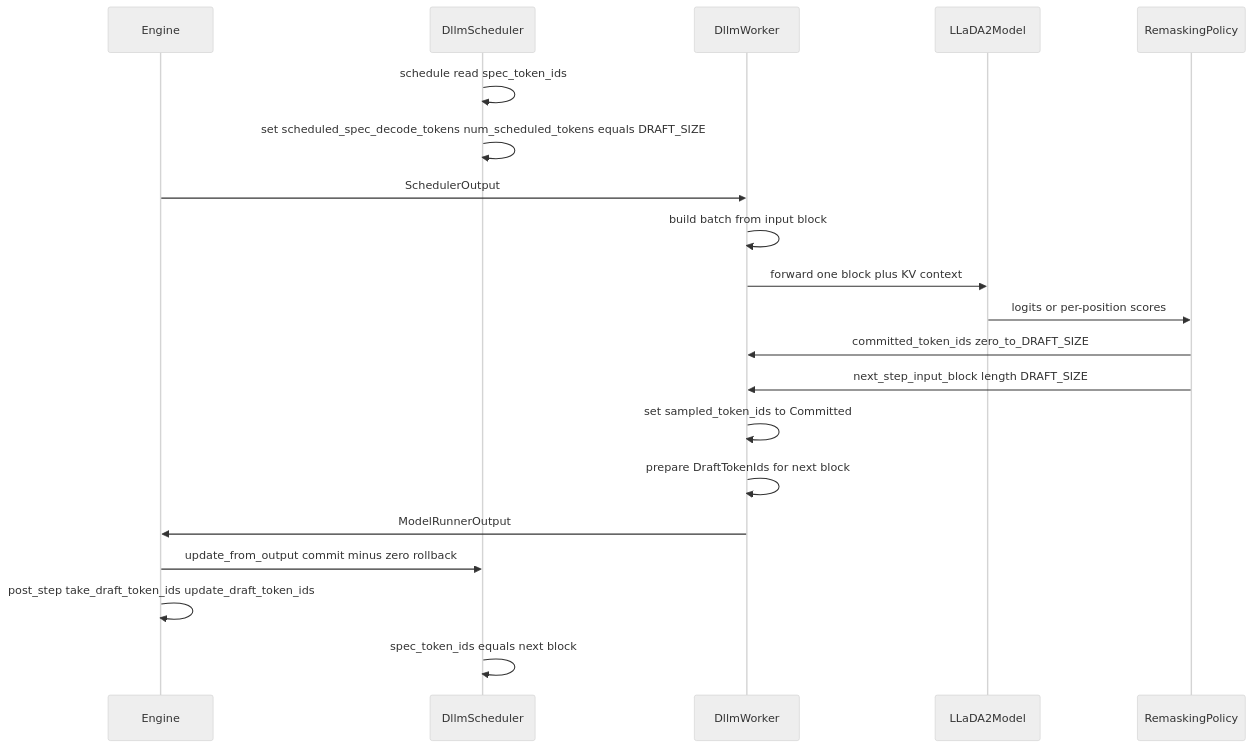
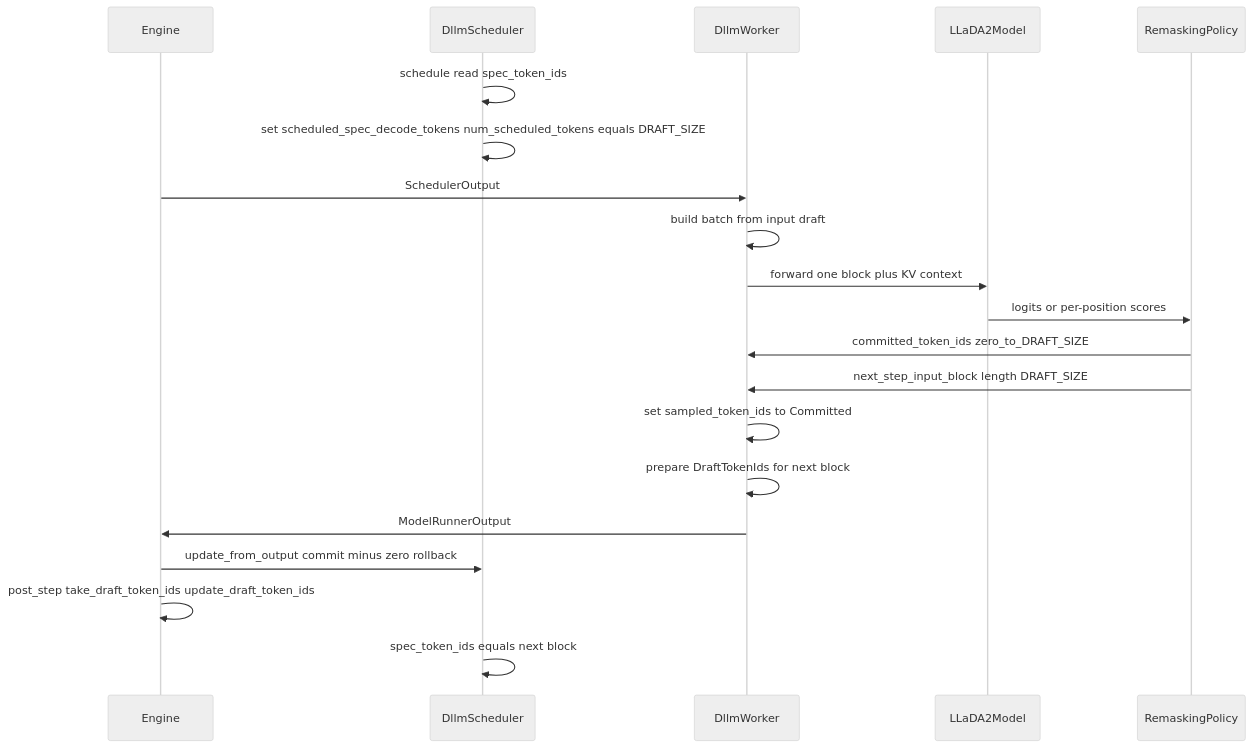
Before and after one commit to vllm-project/dllm-plugin: the third of 4 diagrams in docs/DESIGN_MVP.md, drawn with Mermaid (neutral theme). The commit also changed other lines of this file and 7 other files, not shown here.

````diff
--- a/docs/DESIGN_MVP.md
+++ b/docs/DESIGN_MVP.md
@@ -121,23 +121,23 @@
 ```mermaid
 sequenceDiagram
   participant Engine
   participant DllmSched as DllmScheduler
   participant DllmWork as DllmWorker
   participant Model as LLaDA2Model
   participant Remask as RemaskingPolicy
 
   DllmSched->>DllmSched: schedule read spec_token_ids
   DllmSched->>DllmSched: set scheduled_spec_decode_tokens num_scheduled_tokens equals DRAFT_SIZE
   Engine->>DllmWork: SchedulerOutput
-  DllmWork->>DllmWork: build batch from input block
+  DllmWork->>DllmWork: build batch from input draft
   DllmWork->>Model: forward one block plus KV context
   Model->>Remask: logits or per-position scores
   Remask->>DllmWork: committed_token_ids zero_to_DRAFT_SIZE
   Remask->>DllmWork: next_step_input_block length DRAFT_SIZE
   DllmWork->>DllmWork: set sampled_token_ids to Committed
   DllmWork->>DllmWork: prepare DraftTokenIds for next block
   DllmWork->>Engine: ModelRunnerOutput
   Engine->>DllmSched: update_from_output commit minus zero rollback
   Engine->>Engine: post_step take_draft_token_ids update_draft_token_ids
   DllmSched->>DllmSched: spec_token_ids equals next block
 ```
````
